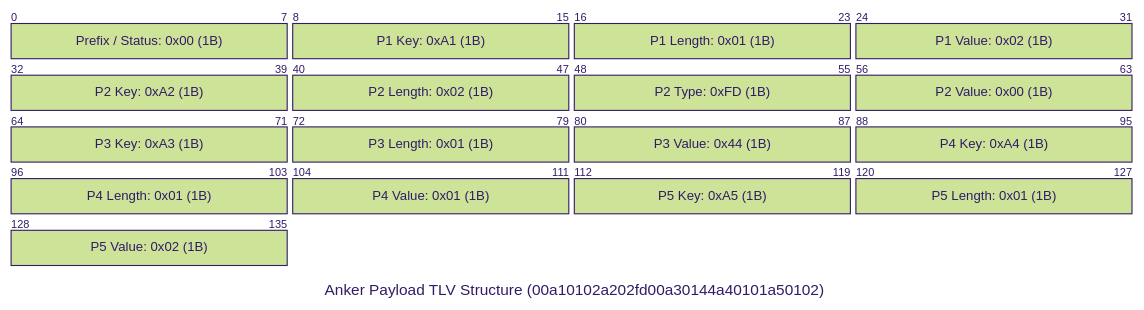
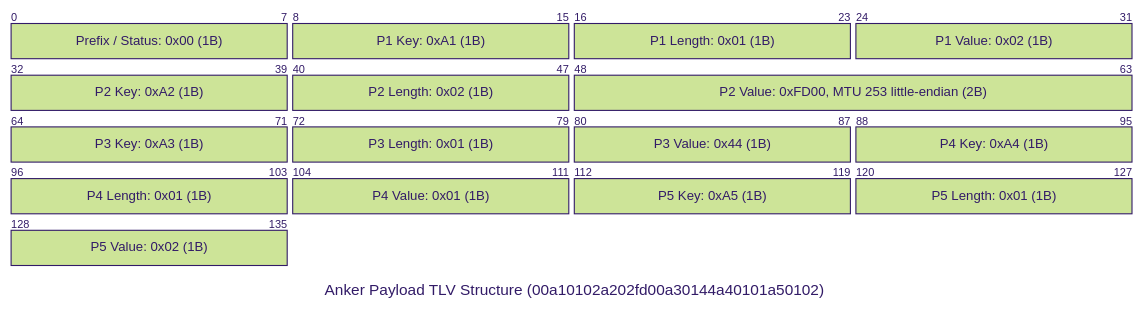
The fifth of 15 diagrams in docs/source/protocols.rst (flip-dots/SolixBLE), drawn with Mermaid (forest theme) before and after one commit. The commit also changed other lines of this file, not shown here.

```diff
--- a/docs/source/protocols.rst
+++ b/docs/source/protocols.rst
@@ -215,21 +274,20 @@
 .. mermaid::
 
     packet-beta
     title Anker Payload TLV Structure (00a10102a202fd00a30144a40101a50102)
     0-7: "Prefix / Status: 0x00 (1B)"
     8-15: "P1 Key: 0xA1 (1B)"
     16-23: "P1 Length: 0x01 (1B)"
     24-31: "P1 Value: 0x02 (1B)"
     32-39: "P2 Key: 0xA2 (1B)"
     40-47: "P2 Length: 0x02 (1B)"
-    48-55: "P2 Type: 0xFD (1B)"
-    56-63: "P2 Value: 0x00 (1B)"
+    48-63: "P2 Value: 0xFD00, MTU 253 little-endian (2B)"
     64-71: "P3 Key: 0xA3 (1B)"
     72-79: "P3 Length: 0x01 (1B)"
     80-87: "P3 Value: 0x44 (1B)"
     88-95: "P4 Key: 0xA4 (1B)"
     96-103: "P4 Length: 0x01 (1B)"
     104-111: "P4 Value: 0x01 (1B)"
     112-119: "P5 Key: 0xA5 (1B)"
     120-127: "P5 Length: 0x01 (1B)"
     128-135: "P5 Value: 0x02 (1B)"
```
